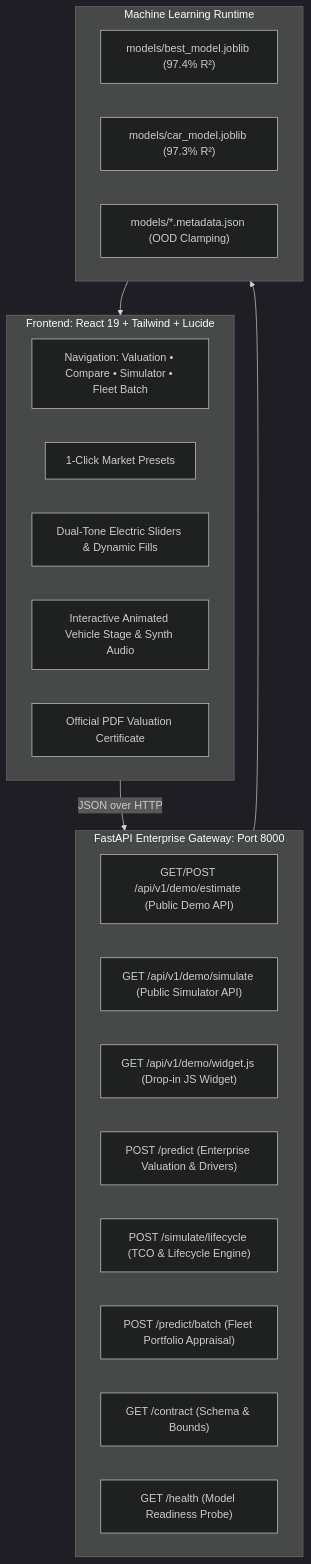
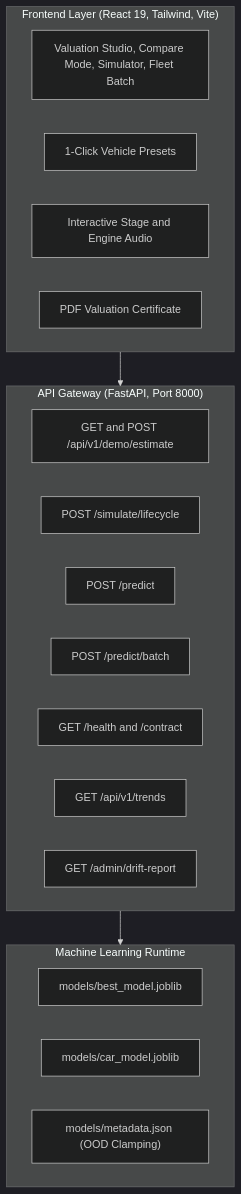
The third of 3 diagrams in README.md (harshitthek/used-bike-price), drawn with Mermaid (dark theme) before and after one commit. The commit also changed other lines of this file, not shown here.

Commit message:
fix(docs): simplify and harden all Mermaid diagrams against GitHub dagre rendering bugs

````diff
--- a/README.md
+++ b/README.md
@@ -269,31 +269,28 @@
 ```mermaid
 graph TD
-    subgraph ClientLayer ["Frontend: React 19 + Tailwind + Lucide"]
-        ModeToggle["Navigation: Valuation • Compare • Simulator • Fleet Batch"]
-        PresetsGrid["1-Click Market Presets"]
-        Sliders["Dual-Tone Electric Sliders & Dynamic Fills"]
-        Stage["Interactive Animated Vehicle Stage & Synth Audio"]
-        CertModal["Official PDF Valuation Certificate"]
+    subgraph ClientLayer ["Frontend Layer (React 19, Tailwind, Vite)"]
+        UI["Valuation Studio, Compare Mode, Simulator, Fleet Batch"]
+        Presets["1-Click Vehicle Presets"]
+        AudioStage["Interactive Stage and Engine Audio"]
+        CertExport["PDF Valuation Certificate"]
     end
 
-    subgraph APILayer ["FastAPI Enterprise Gateway: Port 8000"]
-        DemoEP["GET/POST /api/v1/demo/estimate (Public Demo API)"]
-        DemoSimEP["GET /api/v1/demo/simulate (Public Simulator API)"]
-        WidgetEP["GET /api/v1/demo/widget.js (Drop-in JS Widget)"]
-        PredictEP["POST /predict (Enterprise Valuation & Drivers)"]
-        SimulateEP["POST /simulate/lifecycle (TCO & Lifecycle Engine)"]
-        BatchEP["POST /predict/batch (Fleet Portfolio Appraisal)"]
-        ContractEP["GET /contract (Schema & Bounds)"]
-        HealthEP["GET /health (Model Readiness Probe)"]
+    subgraph APILayer ["API Gateway (FastAPI, Port 8000)"]
+        DemoRoute["GET and POST /api/v1/demo/estimate"]
+        SimRoute["POST /simulate/lifecycle"]
+        PredictRoute["POST /predict"]
+        BatchRoute["POST /predict/batch"]
+        HealthRoute["GET /health and /contract"]
+        TrendsRoute["GET /api/v1/trends"]
+        AdminRoute["GET /admin/drift-report"]
     end
 
     subgraph MLLayer ["Machine Learning Runtime"]
-        BikeModel["models/best_model.joblib (97.4% R²)"]
-        CarModel["models/car_model.joblib (97.3% R²)"]
-        Metadata["models/*.metadata.json (OOD Clamping)"]
+        BikeArtifact["models/best_model.joblib"]
+        CarArtifact["models/car_model.joblib"]
+        MetadataArtifact["models/metadata.json (OOD Clamping)"]
     end
 
-    ClientLayer -->|JSON over HTTP| APILayer
+    ClientLayer --> APILayer
     APILayer --> MLLayer
-    MLLayer --> ClientLayer
 ```
````
